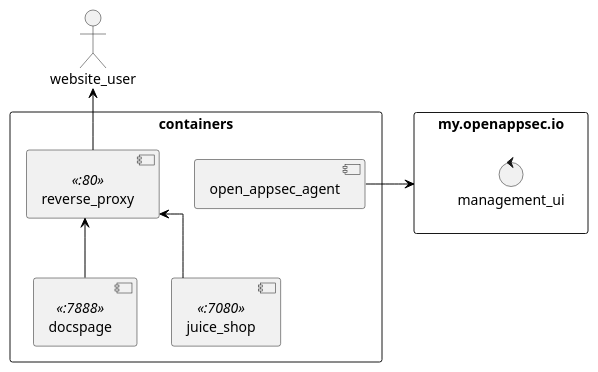
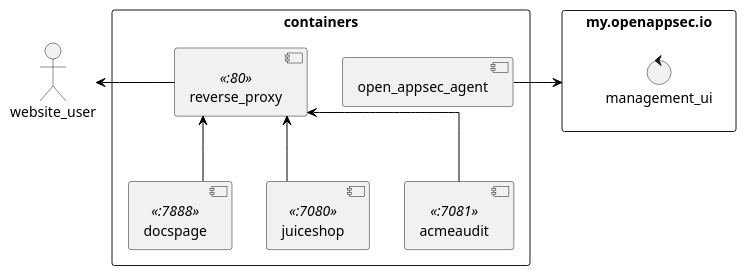
One commit to sebastian-sommerfeld-io/open-appsec-poc changed the diagram in docs/modules/ROOT/assets/images/bash-docs/whitebox.puml. Above: the diagram before and after it, drawn with PlantUML. The commit also changed 1 other file, not shown here.

Commit message:
diagram update

```diff
--- a/docs/modules/ROOT/assets/images/bash-docs/whitebox.puml
+++ b/docs/modules/ROOT/assets/images/bash-docs/whitebox.puml
@@ -1,35 +1,38 @@
-@startuml monitoring
+@startuml openappsec
 
 skinparam linetype ortho
 skinparam monochrome false
 skinparam componentStyle uml2
 skinparam backgroundColor #fff
 skinparam ArrowColor black
 skinparam NoteBorderColor Grey
 skinparam NoteBackgroundColor #fdfdfd
 skinparam defaultTextAlignment center
 skinparam activity {
 FontName Ubuntu
 }
 
 rectangle containers {
   component reverse_proxy <<:80>>
   component docspage <<:7888>>
-  component juice_shop <<:7080>>
+  component juiceshop <<:7080>>
+  component acmeaudit <<:7081>>
 
   component open_appsec_agent
-  
+
+  reverse_proxy -[hidden]right- open_appsec_agent
   docspage -up-> reverse_proxy
-  juice_shop -up-> reverse_proxy
+  juiceshop -up-> reverse_proxy
+  acmeaudit -up-> reverse_proxy
 }
 
 rectangle my_openappsec_io as "my.openappsec.io" {
   control management_ui
 }
 
 actor website_user
-reverse_proxy -up-> website_user
+reverse_proxy -left-> website_user
 
 open_appsec_agent -right-> my_openappsec_io
 
 @enduml
```
